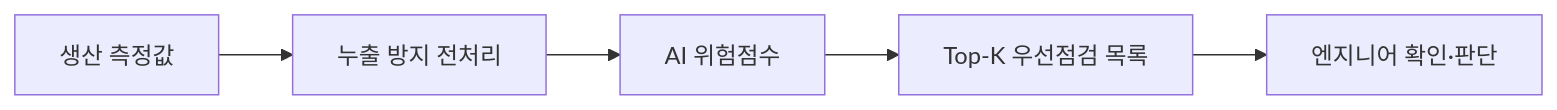
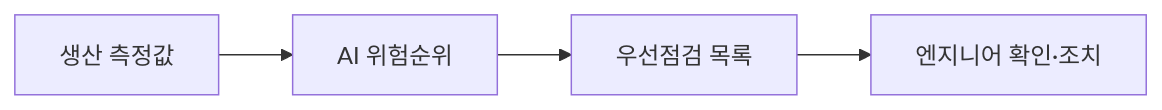
Before and after one commit to heechan9/fabguard-ai: the diagram in README.md, drawn with Mermaid. The commit also changed other lines of this file, not shown here.

````diff
--- a/README.md
+++ b/README.md
@@ -68,7 +46,6 @@
 ```mermaid
 flowchart LR
-    A["생산 측정값"] --> B["누출 방지 전처리"]
-    B --> C["AI 위험점수"]
-    C --> D["Top-K 우선점검 목록"]
-    D --> E["엔지니어 확인·판단"]
+    A["생산 측정값"] --> B["AI 위험순위"]
+    B --> C["우선점검 목록"]
+    C --> D["엔지니어 확인·조치"]
 ```
````
